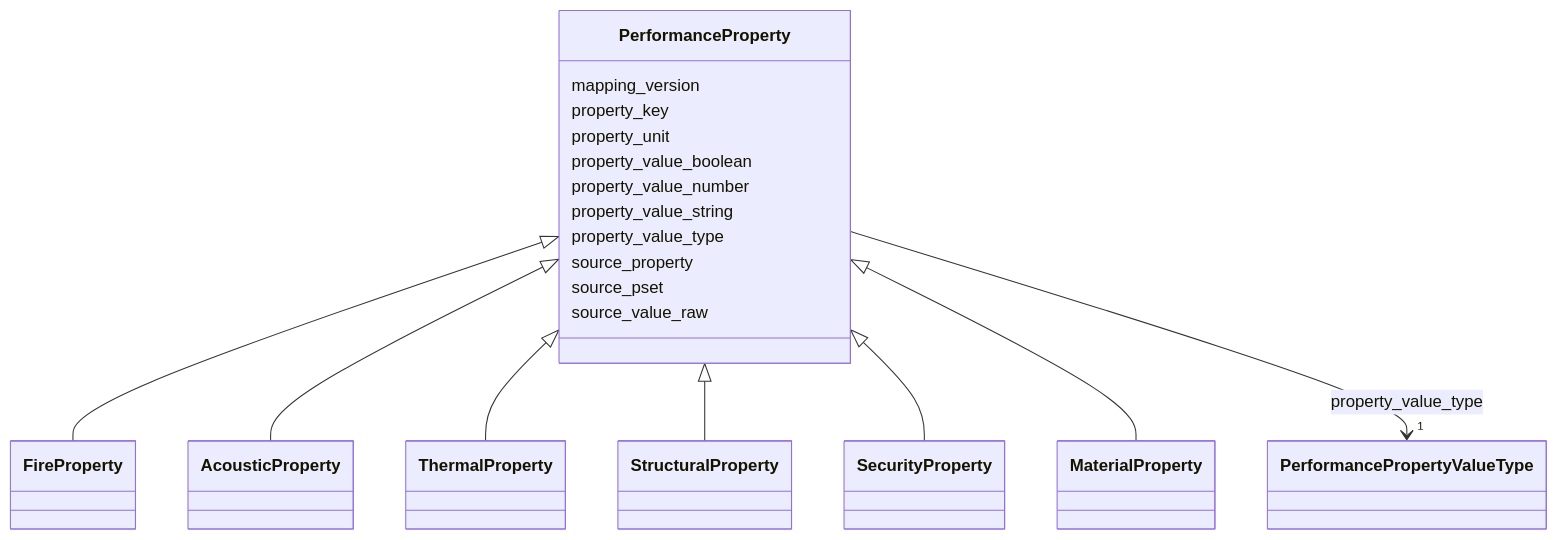
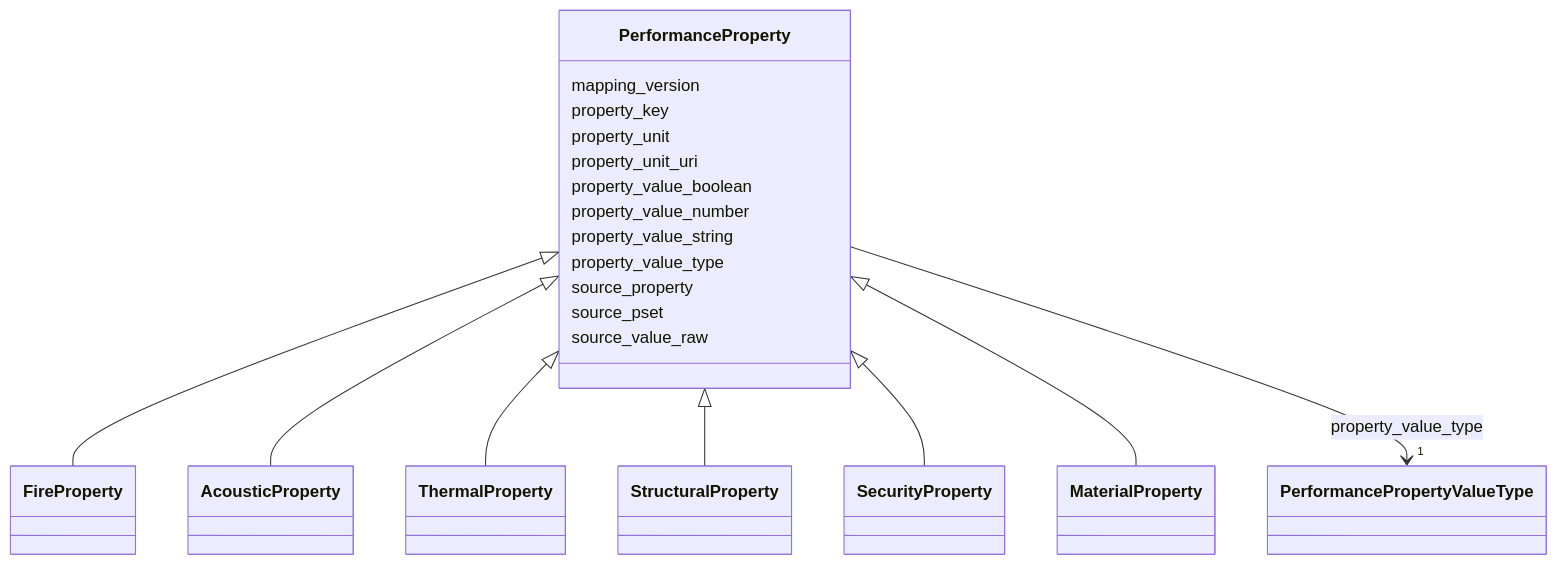
Before and after one commit to simondilhas/pragmatic-bim-data-contract: the diagram in latest/schema/PerformanceProperty.md, drawn with Mermaid. The commit also changed other lines of this file and 1314 other files, not shown here.

````diff
--- a/latest/schema/PerformanceProperty.md
+++ b/latest/schema/PerformanceProperty.md
@@ -22,48 +27,50 @@
 ```mermaid
  classDiagram
     class PerformanceProperty
     click PerformanceProperty href "../PerformanceProperty/"
       PerformanceProperty <|-- FireProperty
         click FireProperty href "../FireProperty/"
       PerformanceProperty <|-- AcousticProperty
         click AcousticProperty href "../AcousticProperty/"
       PerformanceProperty <|-- ThermalProperty
         click ThermalProperty href "../ThermalProperty/"
       PerformanceProperty <|-- StructuralProperty
         click StructuralProperty href "../StructuralProperty/"
       PerformanceProperty <|-- SecurityProperty
         click SecurityProperty href "../SecurityProperty/"
       PerformanceProperty <|-- MaterialProperty
         click MaterialProperty href "../MaterialProperty/"
       
       PerformanceProperty : mapping_version
         
       PerformanceProperty : property_key
         
       PerformanceProperty : property_unit
+        
+      PerformanceProperty : property_unit_uri
         
       PerformanceProperty : property_value_boolean
         
       PerformanceProperty : property_value_number
         
       PerformanceProperty : property_value_string
         
       PerformanceProperty : property_value_type
         
           
     
         
         
         PerformanceProperty --> "1" PerformancePropertyValueType : property_value_type
         click PerformancePropertyValueType href "../PerformancePropertyValueType/"
     
 
         
       PerformanceProperty : source_property
         
       PerformanceProperty : source_pset
         
       PerformanceProperty : source_value_raw
         
       
 ```
````
